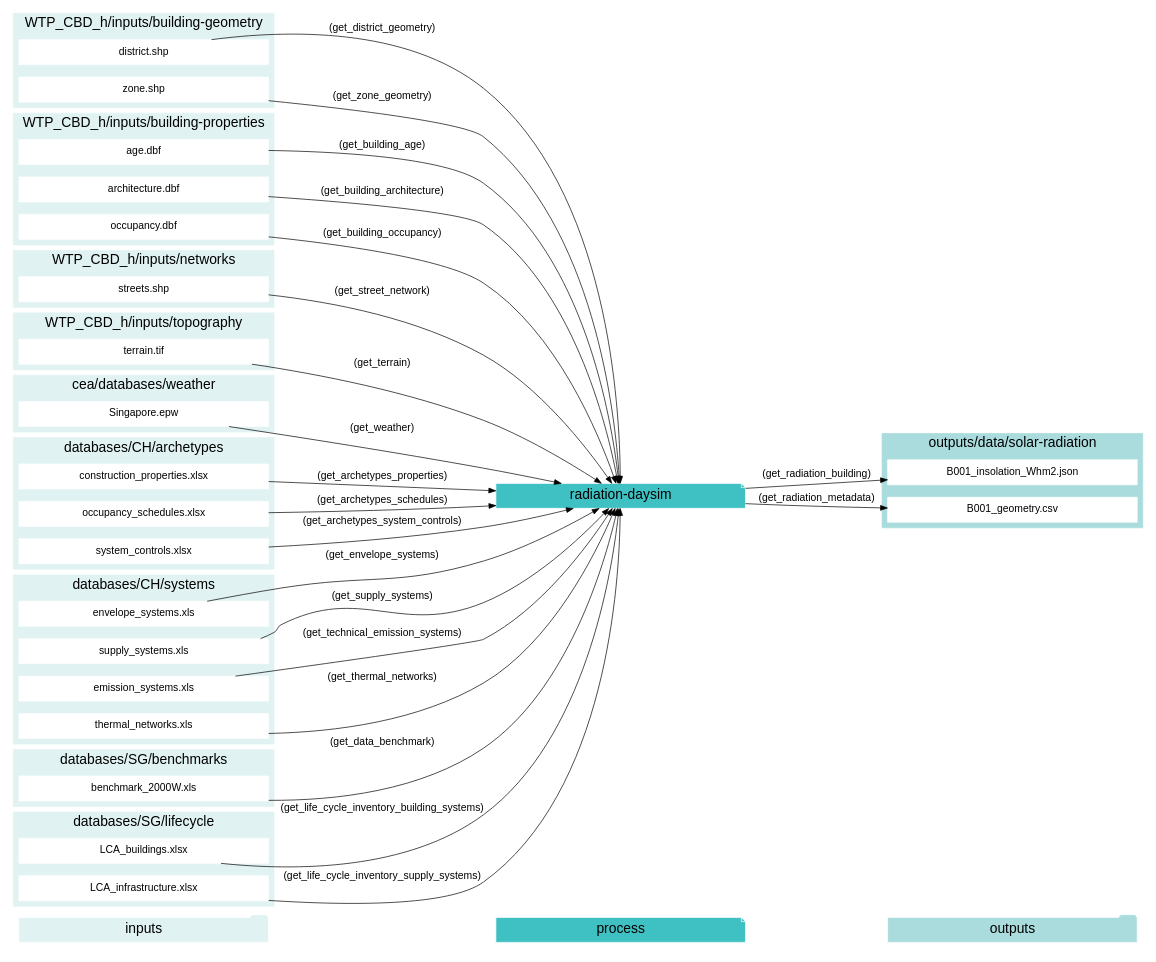
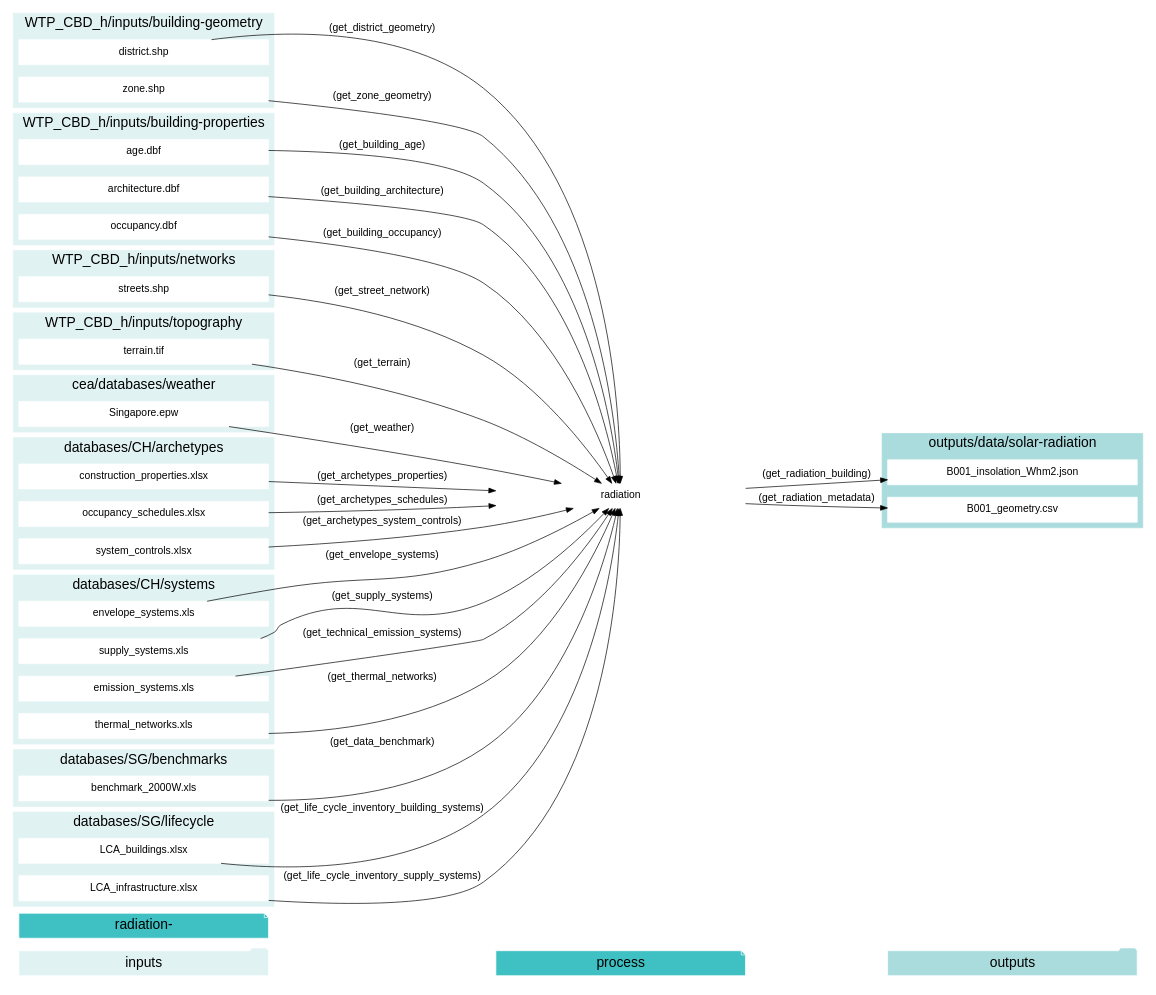
The diagram in docs/graphviz/radiation-daysim.gv (architecture-building-systems/CityEnergyAnalyst), drawn with Graphviz before and after one commit. The commit also changed 15 other files, not shown here.

Commit message:
get rid of radiation-daysim name ->> radiation

```diff
--- a/docs/graphviz/radiation-daysim.gv
+++ b/docs/graphviz/radiation-daysim.gv
@@ -1,127 +1,127 @@
 digraph trace_inputlocator {
     rankdir="LR";
     graph [overlap=false, fontname=arial];
     node [shape=box, style=filled, color=white, fontsize=15, fontname=arial, fixedsize=true, width=5];
     edge [fontname=arial, fontsize = 15]
     newrank=true
     subgraph cluster_legend {
     fontsize=25
     style=invis
     "process"[style=filled, fillcolor="#3FC0C2", shape=note, fontsize=20, fontname="arial"]
     "inputs" [style=filled, shape=folder, color=white, fillcolor="#E1F2F2", fontsize=20]
     "outputs"[style=filled, shape=folder, color=white, fillcolor="#aadcdd", fontsize=20]
     "inputs"->"process"[style=invis]
     "process"->"outputs"[style=invis]
     }
-    "radiation-daysim"[style=filled, color=white, fillcolor="#3FC0C2", shape=note, fontsize=20, fontname=arial];
+    "radiation-"[style=filled, color=white, fillcolor="#3FC0C2", shape=note, fontsize=20, fontname=arial];
     subgraph cluster_0_in {
         style = filled;
         color = "#E1F2F2";
         fontsize = 20;
         rank=same;
         label="WTP_CBD_h/inputs/building-geometry";
         "district.shp"
         "zone.shp"
     }
     subgraph cluster_1_in {
         style = filled;
         color = "#E1F2F2";
         fontsize = 20;
         rank=same;
         label="WTP_CBD_h/inputs/building-properties";
         "age.dbf"
         "architecture.dbf"
         "occupancy.dbf"
     }
     subgraph cluster_2_in {
         style = filled;
         color = "#E1F2F2";
         fontsize = 20;
         rank=same;
         label="WTP_CBD_h/inputs/networks";
         "streets.shp"
     }
     subgraph cluster_3_in {
         style = filled;
         color = "#E1F2F2";
         fontsize = 20;
         rank=same;
         label="WTP_CBD_h/inputs/topography";
         "terrain.tif"
     }
     subgraph cluster_4_in {
         style = filled;
         color = "#E1F2F2";
         fontsize = 20;
         rank=same;
         label="cea/databases/weather";
         "Singapore.epw"
     }
     subgraph cluster_5_in {
         style = filled;
         color = "#E1F2F2";
         fontsize = 20;
         rank=same;
         label="databases/CH/archetypes";
         "construction_properties.xlsx"
         "occupancy_schedules.xlsx"
         "system_controls.xlsx"
     }
     subgraph cluster_6_in {
         style = filled;
         color = "#E1F2F2";
         fontsize = 20;
         rank=same;
         label="databases/CH/systems";
         "envelope_systems.xls"
         "supply_systems.xls"
         "emission_systems.xls"
         "thermal_networks.xls"
     }
     subgraph cluster_7_in {
         style = filled;
         color = "#E1F2F2";
         fontsize = 20;
         rank=same;
         label="databases/SG/benchmarks";
         "benchmark_2000W.xls"
     }
     subgraph cluster_8_in {
         style = filled;
         color = "#E1F2F2";
         fontsize = 20;
         rank=same;
         label="databases/SG/lifecycle";
         "LCA_buildings.xlsx"
         "LCA_infrastructure.xlsx"
     }
     subgraph cluster_9_out {
         style = filled;
         color = "#aadcdd";
         fontsize = 20;
         rank=same;
         label="outputs/data/solar-radiation";
         "B001_insolation_Whm2.json"
         "B001_geometry.csv"
     }
-    "construction_properties.xlsx" -> "radiation-daysim"[label="(get_archetypes_properties)"]
-    "occupancy_schedules.xlsx" -> "radiation-daysim"[label="(get_archetypes_schedules)"]
-    "system_controls.xlsx" -> "radiation-daysim"[label="(get_archetypes_system_controls)"]
-    "age.dbf" -> "radiation-daysim"[label="(get_building_age)"]
-    "architecture.dbf" -> "radiation-daysim"[label="(get_building_architecture)"]
-    "occupancy.dbf" -> "radiation-daysim"[label="(get_building_occupancy)"]
-    "benchmark_2000W.xls" -> "radiation-daysim"[label="(get_data_benchmark)"]
-    "district.shp" -> "radiation-daysim"[label="(get_district_geometry)"]
-    "envelope_systems.xls" -> "radiation-daysim"[label="(get_envelope_systems)"]
-    "LCA_buildings.xlsx" -> "radiation-daysim"[label="(get_life_cycle_inventory_building_systems)"]
-    "LCA_infrastructure.xlsx" -> "radiation-daysim"[label="(get_life_cycle_inventory_supply_systems)"]
-    "streets.shp" -> "radiation-daysim"[label="(get_street_network)"]
-    "supply_systems.xls" -> "radiation-daysim"[label="(get_supply_systems)"]
-    "emission_systems.xls" -> "radiation-daysim"[label="(get_technical_emission_systems)"]
-    "terrain.tif" -> "radiation-daysim"[label="(get_terrain)"]
-    "thermal_networks.xls" -> "radiation-daysim"[label="(get_thermal_networks)"]
-    "Singapore.epw" -> "radiation-daysim"[label="(get_weather)"]
-    "zone.shp" -> "radiation-daysim"[label="(get_zone_geometry)"]
-    "radiation-daysim" -> "B001_insolation_Whm2.json"[label="(get_radiation_building)"]
-    "radiation-daysim" -> "B001_geometry.csv"[label="(get_radiation_metadata)"]
+    "construction_properties.xlsx" -> "radiation"[label="(get_archetypes_properties)"]
+    "occupancy_schedules.xlsx" -> "radiation"[label="(get_archetypes_schedules)"]
+    "system_controls.xlsx" -> "radiation"[label="(get_archetypes_system_controls)"]
+    "age.dbf" -> "radiation"[label="(get_building_age)"]
+    "architecture.dbf" -> "radiation"[label="(get_building_architecture)"]
+    "occupancy.dbf" -> "radiation"[label="(get_building_occupancy)"]
+    "benchmark_2000W.xls" -> "radiation"[label="(get_data_benchmark)"]
+    "district.shp" -> "radiation"[label="(get_district_geometry)"]
+    "envelope_systems.xls" -> "radiation"[label="(get_envelope_systems)"]
+    "LCA_buildings.xlsx" -> "radiation"[label="(get_life_cycle_inventory_building_systems)"]
+    "LCA_infrastructure.xlsx" -> "radiation"[label="(get_life_cycle_inventory_supply_systems)"]
+    "streets.shp" -> "radiation"[label="(get_street_network)"]
+    "supply_systems.xls" -> "radiation"[label="(get_supply_systems)"]
+    "emission_systems.xls" -> "radiation"[label="(get_technical_emission_systems)"]
+    "terrain.tif" -> "radiation"[label="(get_terrain)"]
+    "thermal_networks.xls" -> "radiation"[label="(get_thermal_networks)"]
+    "Singapore.epw" -> "radiation"[label="(get_weather)"]
+    "zone.shp" -> "radiation"[label="(get_zone_geometry)"]
+    "radiation" -> "B001_insolation_Whm2.json"[label="(get_radiation_building)"]
+    "radiation" -> "B001_geometry.csv"[label="(get_radiation_metadata)"]
     }
```
